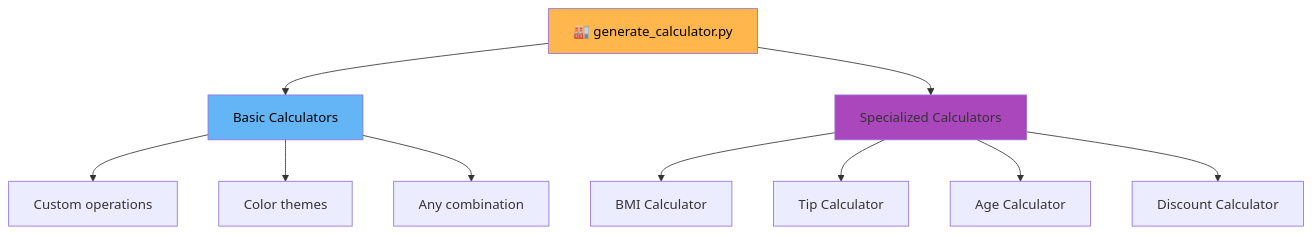
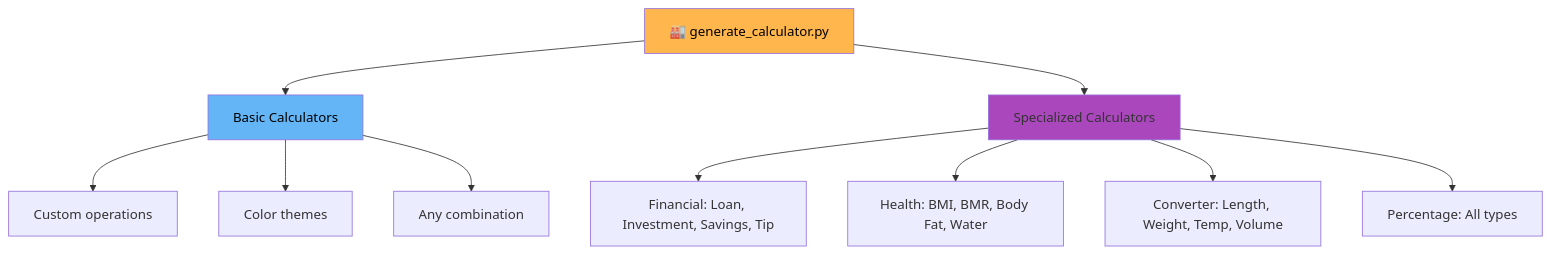
The seventh of 17 diagrams in caludeskillexplained.md (rilov/claudeskill), drawn with Mermaid before and after one commit. The commit also changed other lines of this file and 3 other files, not shown here.

````diff
--- a/caludeskillexplained.md
+++ b/caludeskillexplained.md
@@ -337,18 +354,18 @@
 ```mermaid
 graph TD
     A[🏭 generate_calculator.py] --> B[Basic Calculators]
     A --> C[Specialized Calculators]
     
     B --> B1[Custom operations]
     B --> B2[Color themes]
     B --> B3[Any combination]
     
-    C --> C1[BMI Calculator]
-    C --> C2[Tip Calculator]
-    C --> C3[Age Calculator]
-    C --> C4[Discount Calculator]
+    C --> C1[Financial: Loan, Investment, Savings, Tip]
+    C --> C2[Health: BMI, BMR, Body Fat, Water]
+    C --> C3[Converter: Length, Weight, Temp, Volume]
+    C --> C4[Percentage: All types]
     
     style A fill:#ffb74d,color:#000000
     style B fill:#64b5f6,color:#000000
     style C fill:#ab47bc
 ```
````
